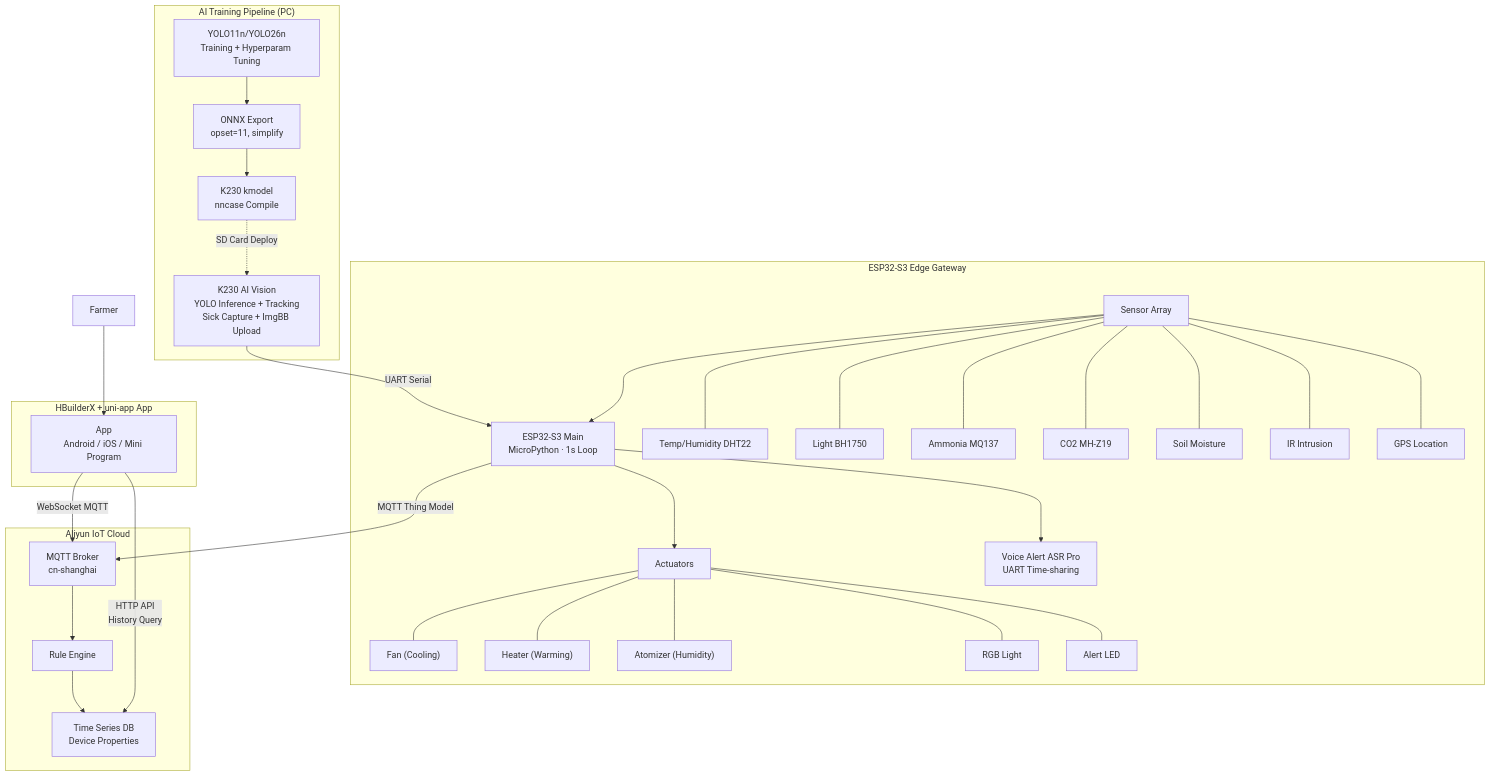
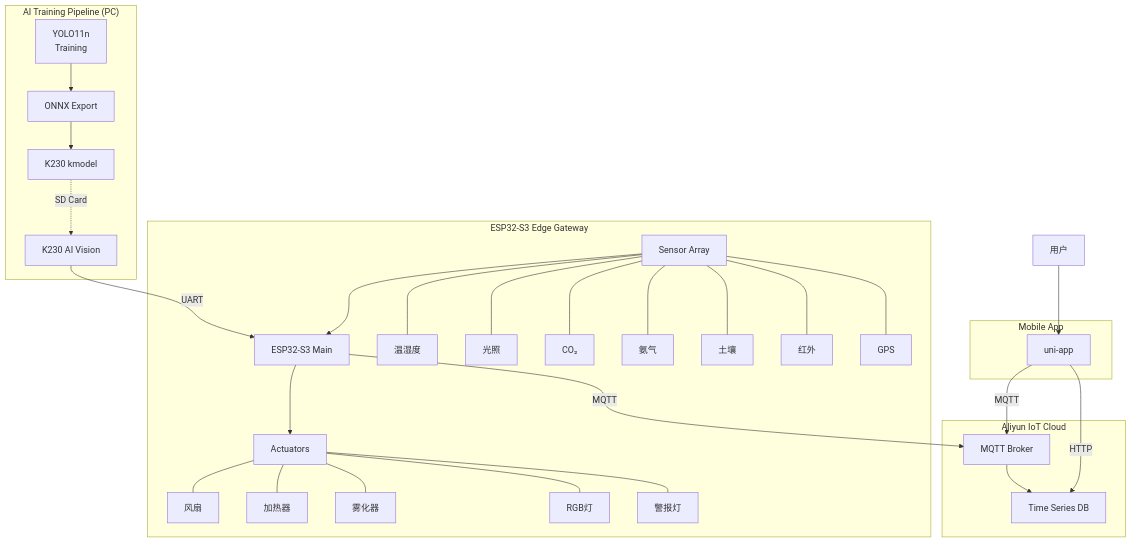
The diagram in README.md (ireneadler258-create/silkworm), drawn with Mermaid before and after one commit. The commit also changed other lines of this file and 6 other files, not shown here.

First line of the commit message:
docs: enhance README with features, tech stack, and hardware diagrams

````diff
--- a/README.md
+++ b/README.md
@@ -11,42 +61,39 @@
 ```mermaid
 flowchart TB
     subgraph "AI Training Pipeline (PC)"
-        YOLO[YOLO11n/YOLO26n<br/>Training + Hyperparam Tuning] --> ONNX[ONNX Export<br/>opset=11, simplify]
-        ONNX --> KMODEL[K230 kmodel<br/>nncase Compile] -.->|SD Card Deploy| K230
+        YOLO[YOLO11n<br/>Training] --> ONNX[ONNX Export]
+        ONNX --> KMODEL[K230 kmodel] -.->|SD Card| K230
     end
 
     subgraph "ESP32-S3 Edge Gateway"
-        K230[K230 AI Vision<br/>YOLO Inference + Tracking<br/>Sick Capture + ImgBB Upload] -->|UART Serial| ESP32[ESP32-S3 Main<br/>MicroPython · 1s Loop]
-
+        K230[K230 AI Vision] -->|UART| ESP32[ESP32-S3 Main]
+        
         SENSORS[Sensor Array] --> ESP32
-        SENSORS --- DHT22["Temp/Humidity DHT22"]
-        SENSORS --- BH1750["Light BH1750"]
-        SENSORS --- MQ137["Ammonia MQ137"]
-        SENSORS --- MHZ19["CO2 MH-Z19"]
-        SENSORS --- SOIL["Soil Moisture"]
-        SENSORS --- IR["IR Intrusion"]
-        SENSORS --- GPS["GPS Location"]
-
+        SENSORS --- DHT22["温湿度"]
+        SENSORS --- BH1750["光照"]
+        SENSORS --- CO2["CO₂"]
+        SENSORS --- NH3["氨气"]
+        SENSORS --- SOIL["土壤"]
+        SENSORS --- IR["红外"]
+        SENSORS --- GPS["GPS"]
+        
         ESP32 --> ACTUATORS[Actuators]
-        ACTUATORS --- FAN["Fan (Cooling)"]
-        ACTUATORS --- HEATER["Heater (Warming)"]
-        ACTUATORS --- ATOMIZER["Atomizer (Humidity)"]
-        ACTUATORS --- RGB["RGB Light"]
-        ACTUATORS --- ALERT["Alert LED"]
-
-        ESP32 --> VOICE["Voice Alert ASR Pro<br/>UART Time-sharing"]
+        ACTUATORS --- FAN["风扇"]
+        ACTUATORS --- HEATER["加热器"]
+        ACTUATORS --- ATOMIZER["雾化器"]
+        ACTUATORS --- RGB["RGB灯"]
+        ACTUATORS --- ALERT["警报灯"]
     end
 
     subgraph "Aliyun IoT Cloud"
-        MQTT["MQTT Broker<br/>cn-shanghai"] --> RULES[Rule Engine]
-        RULES --> TSDB[Time Series DB<br/>Device Properties]
+        MQTT[MQTT Broker] --> TSDB[Time Series DB]
     end
 
-    subgraph "HBuilderX + uni-app App"
-        APP[App<br/>Android / iOS / Mini Program] -->|WebSocket MQTT| MQTT
-        APP -->|HTTP API<br/>History Query| TSDB
+    subgraph "Mobile App"
+        APP[uni-app] -->|MQTT| MQTT
+        APP -->|HTTP| TSDB
     end
 
-    ESP32 -->|MQTT Thing Model| MQTT
-    USER[Farmer] --> APP
+    ESP32 -->|MQTT| MQTT
+    USER[用户] --> APP
 ```
````
